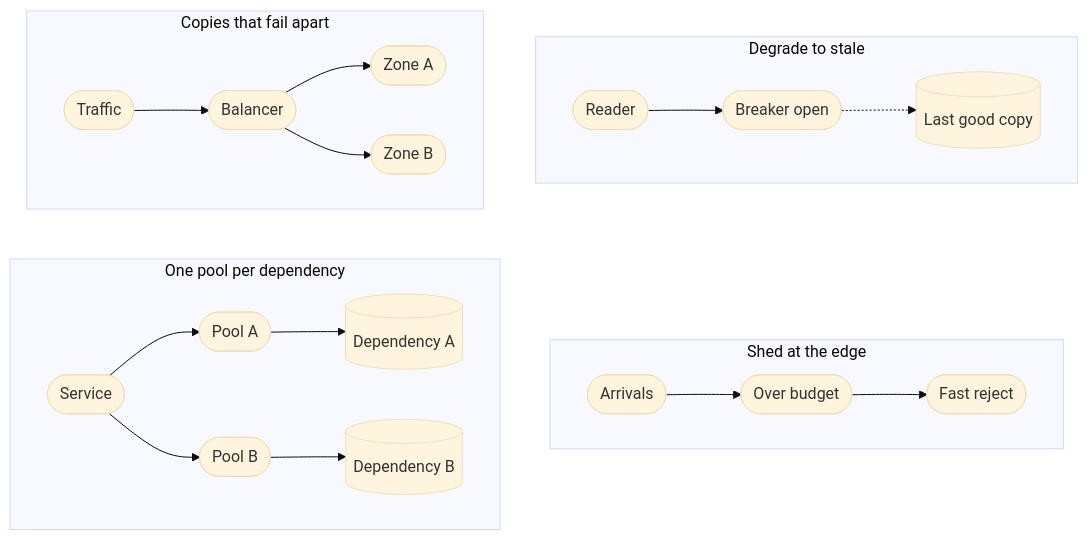
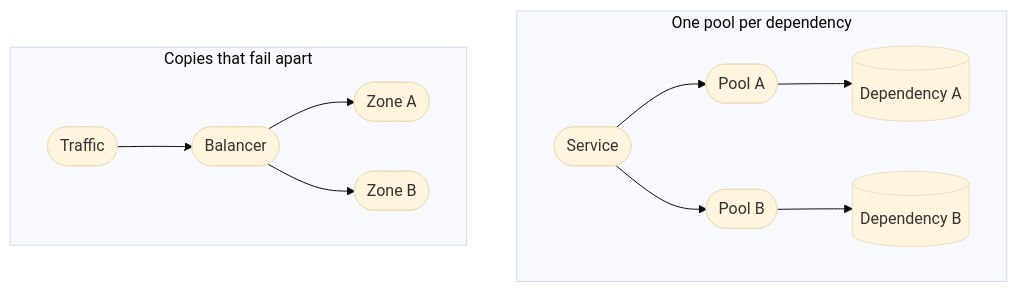
Diagram 20 of 32 in examples/system-design-foundations.md (Laticent/lattice), drawn with Mermaid (base theme) before and after one commit. The commit also changed other lines of this file and 2 other files, not shown here.

````diff
--- a/examples/system-design-foundations.md
+++ b/examples/system-design-foundations.md
@@ -1959,23 +2017,13 @@
 ```mermaid
 flowchart TB
-  subgraph b["Degrade to stale"]
+  subgraph c["One pool per dependency"]
     direction LR
-    B1(["Reader"]) --> B2(["Breaker open"]) -.-> B3[("Last good copy")]
+    C1(["Service"]) --> C2(["Pool A"]) --> C3[("Dependency A")]
+    C1 --> C4(["Pool B"]) --> C5[("Dependency B")]
   end
   subgraph a["Copies that fail apart"]
     direction LR
     A1(["Traffic"]) --> A2(["Balancer"]) --> A3(["Zone A"])
     A2 --> A4(["Zone B"])
   end
-  subgraph d["Shed at the edge"]
-    direction LR
-    D1(["Arrivals"]) --> D2(["Over budget"]) --> D3(["Fast reject"])
-  end
-  subgraph c["One pool per dependency"]
-    direction LR
-    C1(["Service"]) --> C2(["Pool A"]) --> C3[("Dependency A")]
-    C1 --> C4(["Pool B"]) --> C5[("Dependency B")]
-  end
-  a ~~~ c
-  b ~~~ d
 ```
````
